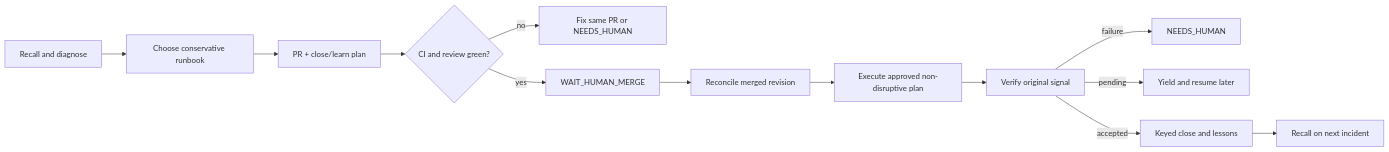
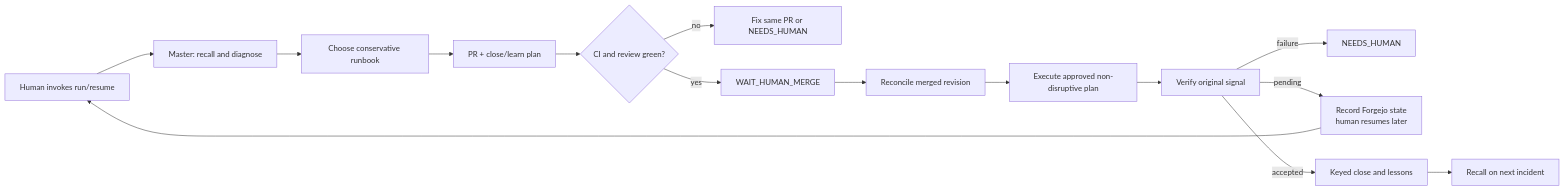
The diagram in .omp/README.md (soulwhisper/home-ops), drawn with Mermaid before and after one commit. The commit also changed other lines of this file and 4 other files, not shown here.

````diff
--- a/.omp/README.md
+++ b/.omp/README.md
@@ -25,15 +25,17 @@
 ```mermaid
 flowchart LR
-    A[Recall and diagnose] --> B[Choose conservative runbook]
+    U[Human invokes run/resume] --> A[Master: recall and diagnose]
+    A --> B[Choose conservative runbook]
     B --> C[PR + close/learn plan]
     C --> D{CI and review green?}
     D -->|no| E[Fix same PR or NEEDS_HUMAN]
     D -->|yes| F[WAIT_HUMAN_MERGE]
     F --> G[Reconcile merged revision]
     G --> H[Execute approved non-disruptive plan]
     H --> I[Verify original signal]
     I -->|failure| J[NEEDS_HUMAN]
-    I -->|pending| K[Yield and resume later]
+    I -->|pending| K[Record Forgejo state<br/>human resumes later]
+    K --> U
     I -->|accepted| L[Keyed close and lessons]
     L --> M[Recall on next incident]
 ```
````
